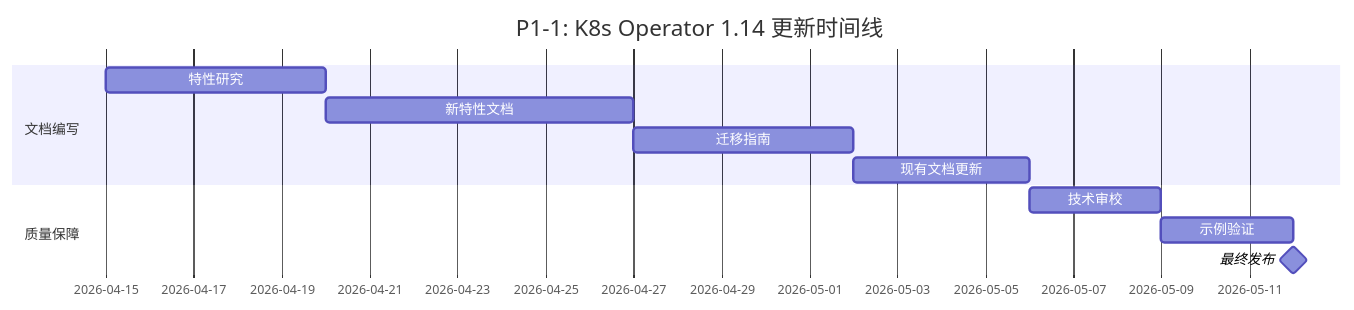
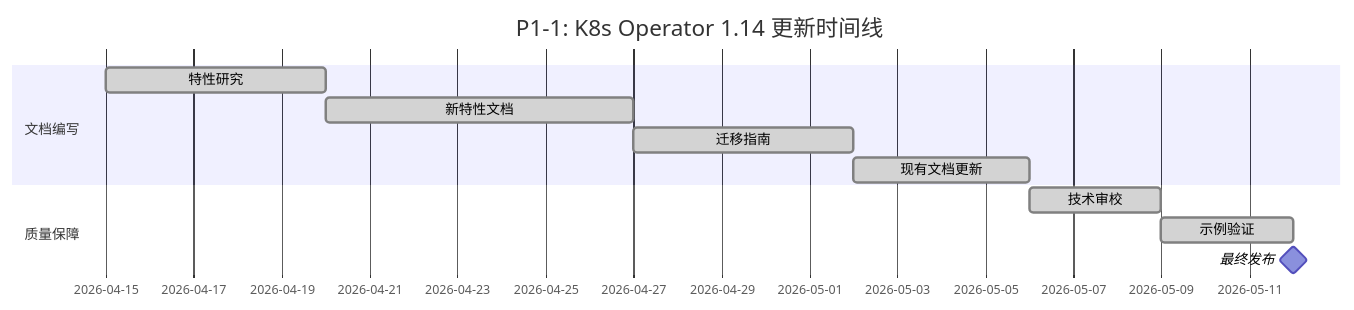
One commit to AdaMartin18010/AnalysisDataFlow changed the second of 7 diagrams in ROADMAP-v3.3-and-beyond.md. Above: the diagram before and after it, drawn with Mermaid. The commit also changed other lines of this file and 115 other files, not shown here.

````diff
--- a/ROADMAP-v3.3-and-beyond.md
+++ b/ROADMAP-v3.3-and-beyond.md
@@ -197,16 +197,16 @@
 ```mermaid
 gantt
     title P1-1: K8s Operator 1.14 更新时间线
     dateFormat  YYYY-MM-DD
 
     section 文档编写
-    特性研究        :a1, 2026-04-15, 5d
-    新特性文档      :a2, after a1, 7d
-    迁移指南        :a3, after a2, 5d
-    现有文档更新    :a4, after a3, 4d
+    特性研究        :done, a1, 2026-04-15, 5d
+    新特性文档      :done, a2, after a1, 7d
+    迁移指南        :done, a3, after a2, 5d
+    现有文档更新    :done, a4, after a3, 4d
 
     section 质量保障
-    技术审校        :b1, after a4, 3d
-    示例验证        :b2, after b1, 3d
+    技术审校        :done, b1, after a4, 3d
+    示例验证        :done, b2, after b1, 3d
     最终发布        :milestone, m1, after b2, 0d
 ```
````
